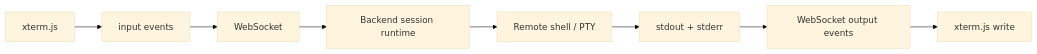
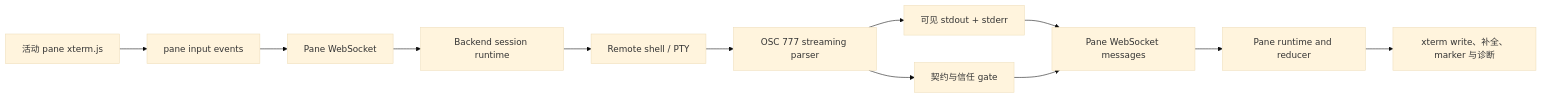
Before and after one commit to XYZ1024-alt/Cosmosh: the sixth of 13 diagrams in docs/zh-CN/developer/core/architecture.md, drawn with Mermaid (base theme). The commit also changed other lines of this file and 60 other files, not shown here.

First line of the commit message:
feat: harden Remote Enhancements runtime and trusted command timeline (#25)

````diff
--- a/docs/zh-CN/developer/core/architecture.md
+++ b/docs/zh-CN/developer/core/architecture.md
@@ -276,10 +279,14 @@
 ```mermaid
 flowchart LR
-  XT[xterm.js] --> IN[input events]
-  IN --> WS[WebSocket]
+  XT[活动 pane xterm.js] --> IN[pane input events]
+  IN --> WS[Pane WebSocket]
   WS --> SVC[Backend session runtime]
   SVC --> REM[Remote shell / PTY]
-  REM --> OUT[stdout + stderr]
-  OUT --> WS2[WebSocket output events]
-  WS2 --> XT2[xterm.js write]
+  REM --> PARSER[OSC 777 streaming parser]
+  PARSER --> OUT[可见 stdout + stderr]
+  PARSER --> GATE[契约与信任 gate]
+  OUT --> WS2[Pane WebSocket messages]
+  GATE --> WS2
+  WS2 --> REDUCER[Pane runtime and reducer]
+  REDUCER --> XT2[xterm write、补全、marker 与诊断]
 ```
````
